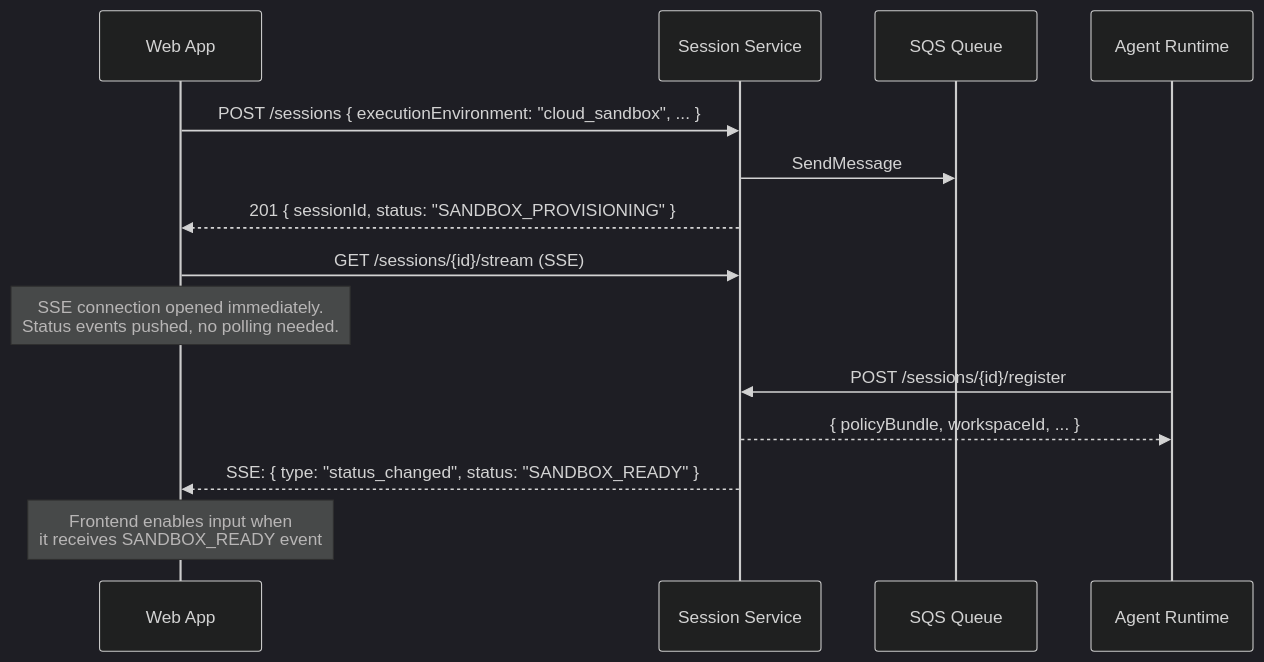
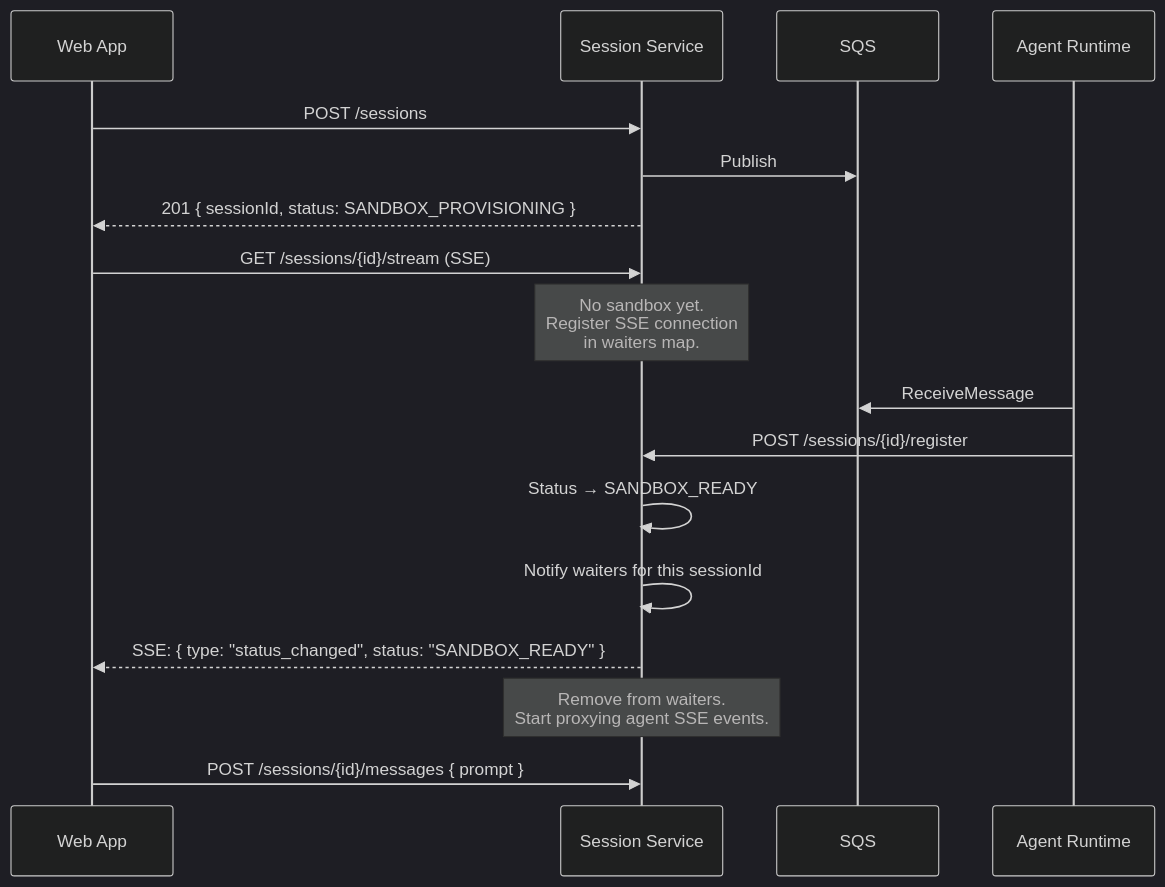
The second of 5 diagrams in docs/design/simplified-session-api.md (suman724/cowork-infra), drawn with Mermaid (dark theme) before and after one commit. The commit also changed other lines of this file, not shown here.

First line of the commit message:
docs: rewrite simplified session API — cleaner structure, no polling

````diff
--- a/docs/design/simplified-session-api.md
+++ b/docs/design/simplified-session-api.md
@@ -220,21 +161,24 @@
 ```mermaid
 sequenceDiagram
     participant Web as Web App
     participant SS as Session Service
-    participant SQS as SQS Queue
-    participant Sandbox as Agent Runtime
+    participant SQS as SQS
+    participant Agent as Agent Runtime
 
-    Web->>SS: POST /sessions { executionEnvironment: "cloud_sandbox", ... }
-    SS->>SQS: SendMessage
-    SS-->>Web: 201 { sessionId, status: "SANDBOX_PROVISIONING" }
+    Web->>SS: POST /sessions
+    SS->>SQS: Publish
+    SS-->>Web: 201 { sessionId, status: SANDBOX_PROVISIONING }
 
     Web->>SS: GET /sessions/{id}/stream (SSE)
-    Note over Web: SSE connection opened immediately.<br/>Status events pushed, no polling needed.
+    Note over SS: No sandbox yet.<br/>Register SSE connection<br/>in waiters map.
 
-    Sandbox->>SS: POST /sessions/{id}/register
-    SS-->>Sandbox: { policyBundle, workspaceId, ... }
+    Agent->>SQS: ReceiveMessage
+    Agent->>SS: POST /sessions/{id}/register
+    SS->>SS: Status → SANDBOX_READY
+    SS->>SS: Notify waiters for this sessionId
 
     SS-->>Web: SSE: { type: "status_changed", status: "SANDBOX_READY" }
+    Note over SS: Remove from waiters.<br/>Start proxying agent SSE events.
 
-    Note over Web: Frontend enables input when<br/>it receives SANDBOX_READY event
+    Web->>SS: POST /sessions/{id}/messages { prompt }
 ```
````
